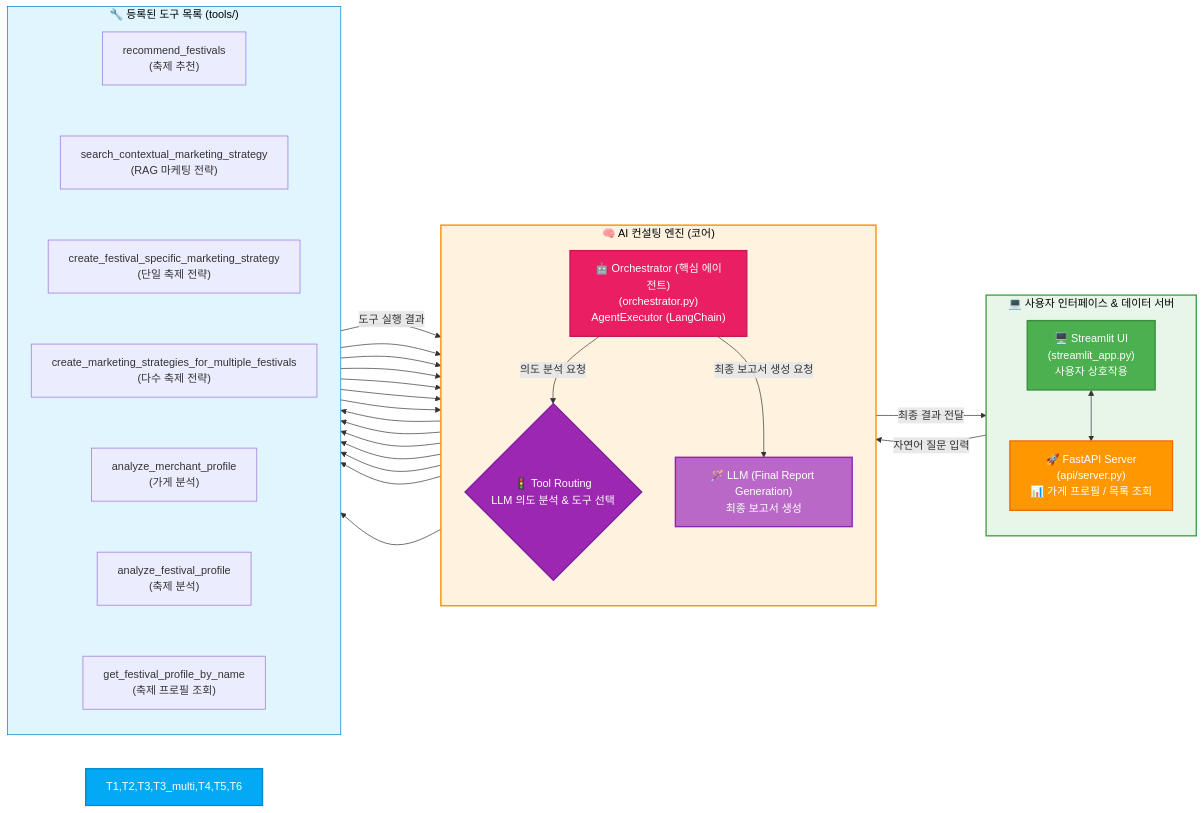
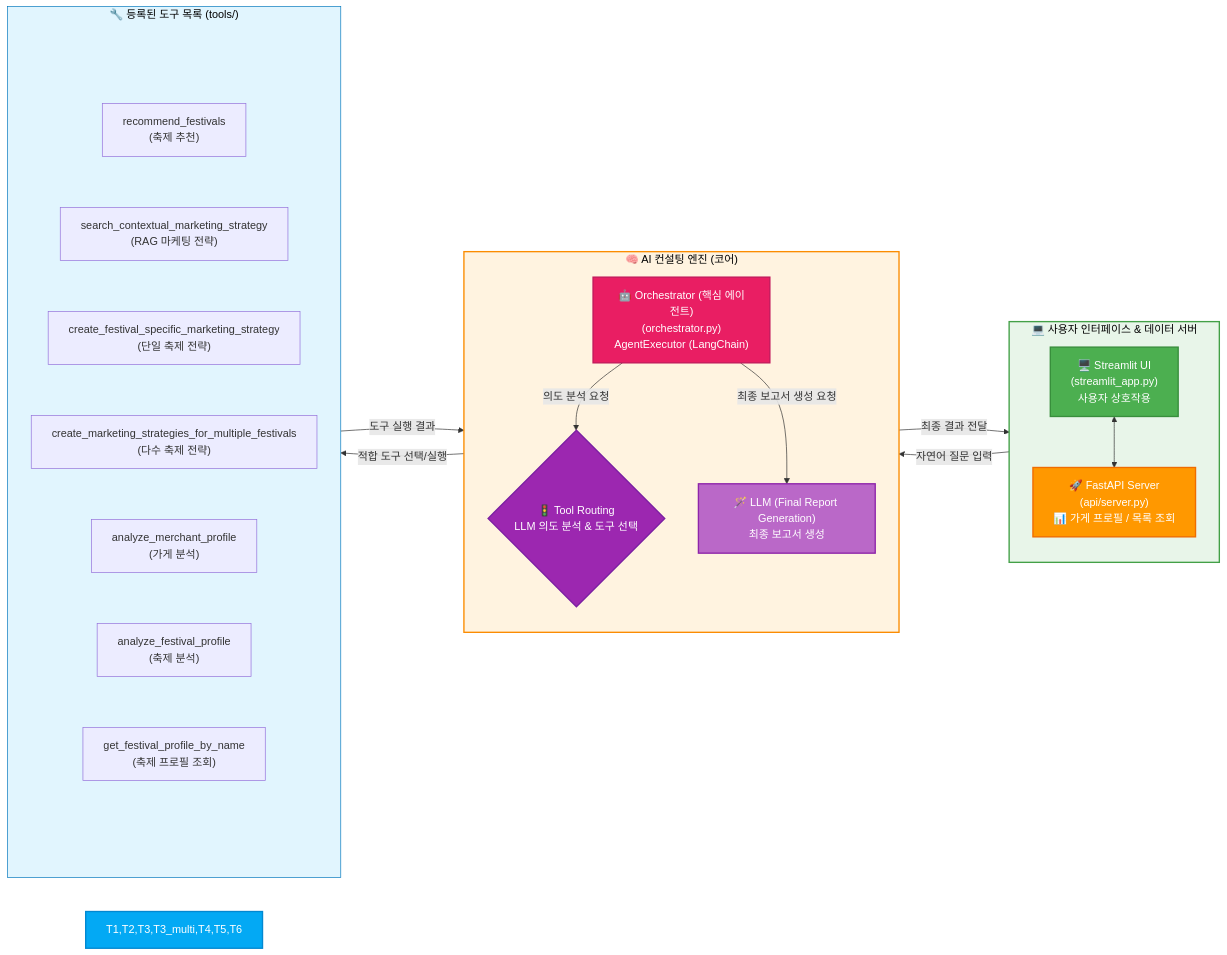
Before and after one commit to Synapse-Bigcontest/2025_bigcontest: the first of 4 diagrams in README.md, drawn with Mermaid.

````diff
--- a/README.md
+++ b/README.md
@@ -94,82 +94,76 @@
 ```mermaid
 graph LR
     %% ========================
     %% 1. (좌측) 사용자 인터페이스
     %% ========================
     subgraph SG_UserServer ["💻 사용자 인터페이스 & 데이터 서버"]
         direction TB
         A["🖥️ Streamlit UI\n(streamlit_app.py)\n사용자 상호작용"]
         B["🚀 FastAPI Server\n(api/server.py)\n📊 가게 프로필 / 목록 조회"]
         A <--> B
     end
 
     %% ========================
     %% 2. (중간) AI 컨설팅 엔진 (코어)
     %% ========================
     subgraph SG_Engine_Core ["🧠 AI 컨설팅 엔진 (코어)"]
         direction TB
         C["🤖 Orchestrator (핵심 에이전트)\n(orchestrator.py)\nAgentExecutor (LangChain)"]
         D{"🚦 Tool Routing\nLLM 의도 분석 & 도구 선택"}
         LLM_Final["🪄 LLM (Final Report Generation)\n최종 보고서 생성"]
     end
 
     %% ========================
     %% 3. (우측) 도구 목록 (세로 정렬 강제)
     %% ========================
     subgraph SG_Tools ["🔧 등록된 도구 목록 (tools/)"]
         direction TB
+        
+        %% ★★★ 보이지 않는 진입/진출 노드 정의 ★★★
+        T_IN( )
+        
         T1["recommend_festivals\n(축제 추천)"]
         T2["search_contextual_marketing_strategy\n(RAG 마케팅 전략)"]
         T3["create_festival_specific_marketing_strategy\n(단일 축제 전략)"]
         T3_multi["create_marketing_strategies_for_multiple_festivals\n(다수 축제 전략)"]
         T4["analyze_merchant_profile\n(가게 분석)"]
         T5["analyze_festival_profile\n(축제 분석)"]
         T6["get_festival_profile_by_name\n(축제 프로필 조회)"]
         
-        T1 ~~~ T2
-        T2 ~~~ T3
-        T3 ~~~ T3_multi
-        T3_multi ~~~ T4
-        T4 ~~~ T5
-        T5 ~~~ T6
+        T_OUT( )
+        
+        %% ★★★ 세로 정렬 강제를 위한 보이지 않는 링크 ★★★
+        T_IN ~~~ T1 ~~~ T2 ~~~ T3 ~~~ T3_multi ~~~ T4 ~~~ T5 ~~~ T6 ~~~ T_OUT
     end
 
     %% ========================
-    %% 4. E2E 연결 관계 (Fan-out / Fan-in)
+    %% 4. E2E 연결 관계 (보이지 않는 노드 활용)
     %% ========================
     A -- "자연어 질문 입력" --> C
     C -- "의도 분석 요청" --> D
     C -- "최종 보고서 생성 요청" --> LLM_Final
     LLM_Final -- "최종 결과 전달" --> A
     
-    D -- " " --> T1
-    D -- " " --> T2
-    D -- " " --> T3
-    D -- " " --> T3_multi
-    D -- " " --> T4
-    D -- " " --> T5
-    D -- " " --> T6
-    
-    T1 -- "도구 실행 결과" --> C
-    T2 -- " " --> C
-    T3 -- " " --> C
-    T3_multi -- " " --> C
-    T4 -- " " --> C
-    T5 -- " " --> C
-    T6 -- " " --> C
+    %% ★★★ 핵심 수정: 보이지 않는 노드(T_IN, T_OUT)에 연결 ★★★
+    D -- "적합 도구 선택/실행" --> T_IN
+    T_OUT -- "도구 실행 결과" --> C
 
     %% ========================
     %% 5. 스타일 지정
     %% ========================
     style A fill:#4CAF50,color:#fff,stroke:#388E3C,stroke-width:2px
     style B fill:#FF9800,color:#fff,stroke:#EF6C00,stroke-width:2px
     style C fill:#E91E63,color:#fff,stroke:#C2185B,stroke-width:2px
     style D fill:#9C27B0,color:#fff,stroke:#7B1FA2,stroke-width:2px,shape:diamond
     style LLM_Final fill:#BA68C8,color:#fff,stroke:#8E24AA,stroke-width:2px
     
     style SG_UserServer fill:#E8F5E9,stroke:#43A047,stroke-width:2px,color:#000
     style SG_Engine_Core fill:#FFF3E0,stroke:#FB8C00,stroke-width:2px,color:#000
     style SG_Tools fill:#E1F5FE, stroke:#0277BD,color:#000
 
     style T1,T2,T3,T3_multi,T4,T5,T6 fill:#03A9F4,color:#fff,stroke:#0288D1,stroke-width:2px,shape:hexagon
+    
+    %% ★★★ 보이지 않는 노드 스타일 ★★★
+    style T_IN fill:none,stroke:none
+    style T_OUT fill:none,stroke:none
 ```
````
